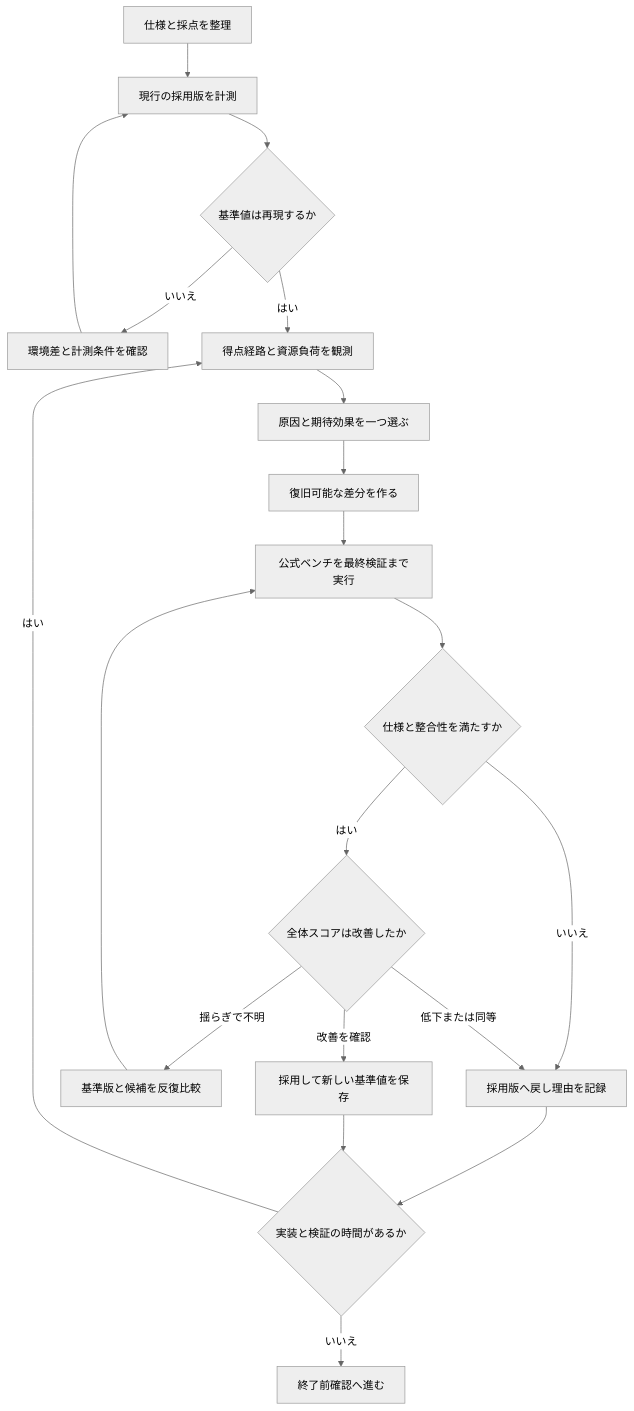
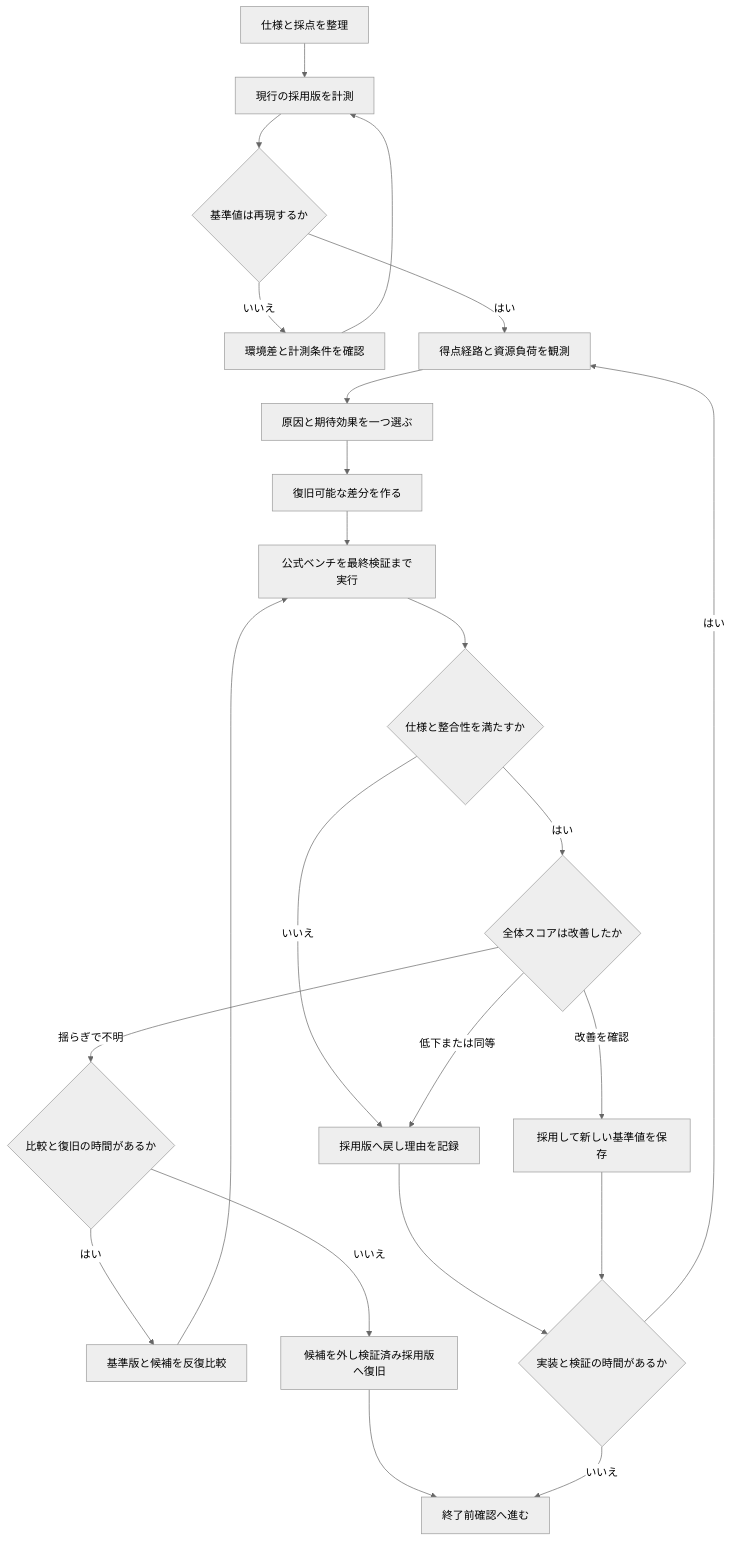
One commit to saitenntaisei/isucon_init changed the first of 3 diagrams in docs/isucon-playbook.md. Above: the diagram before and after it, drawn with Mermaid (neutral theme). The commit also changed other lines of this file and 3 other files, not shown here.

````diff
--- a/docs/isucon-playbook.md
+++ b/docs/isucon-playbook.md
@@ -75,22 +79,25 @@
 ```mermaid
 flowchart TD
     rules["仕様と採点を整理"] --> baseline["現行の採用版を計測"]
     baseline --> stable{"基準値は再現するか"}
     stable -->|"いいえ"| environment["環境差と計測条件を確認"]
     environment --> baseline
     stable -->|"はい"| observe["得点経路と資源負荷を観測"]
     observe --> hypothesis["原因と期待効果を一つ選ぶ"]
     hypothesis --> change["復旧可能な差分を作る"]
     change --> benchmark["公式ベンチを最終検証まで実行"]
     benchmark --> valid{"仕様と整合性を満たすか"}
     valid -->|"いいえ"| restore["採用版へ戻し理由を記録"]
     valid -->|"はい"| score{"全体スコアは改善したか"}
     score -->|"低下または同等"| restore
-    score -->|"揺らぎで不明"| compare["基準版と候補を反復比較"]
+    score -->|"揺らぎで不明"| repeatBudget{"比較と復旧の時間があるか"}
+    repeatBudget -->|"はい"| compare["基準版と候補を反復比較"]
+    repeatBudget -->|"いいえ"| keep["候補を外し検証済み採用版へ復旧"]
+    keep --> finalCheck
     compare --> benchmark
     score -->|"改善を確認"| adopt["採用して新しい基準値を保存"]
     restore --> timeLeft{"実装と検証の時間があるか"}
     adopt --> timeLeft
     timeLeft -->|"はい"| observe
     timeLeft -->|"いいえ"| finalCheck["終了前確認へ進む"]
 ```
````
